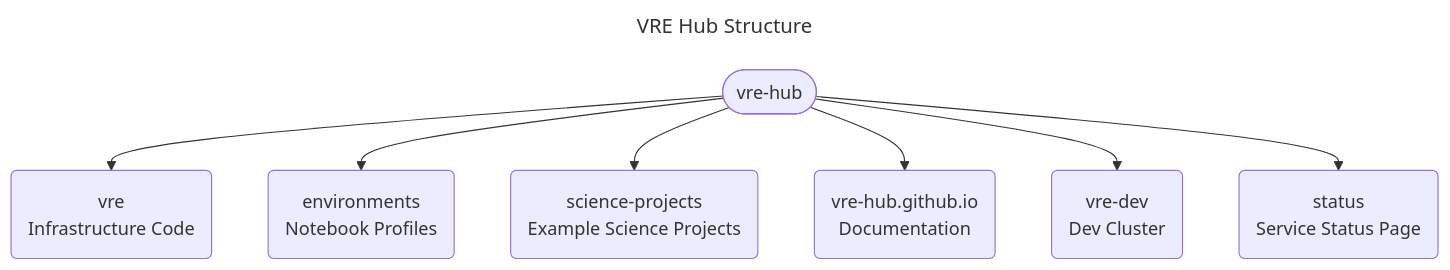
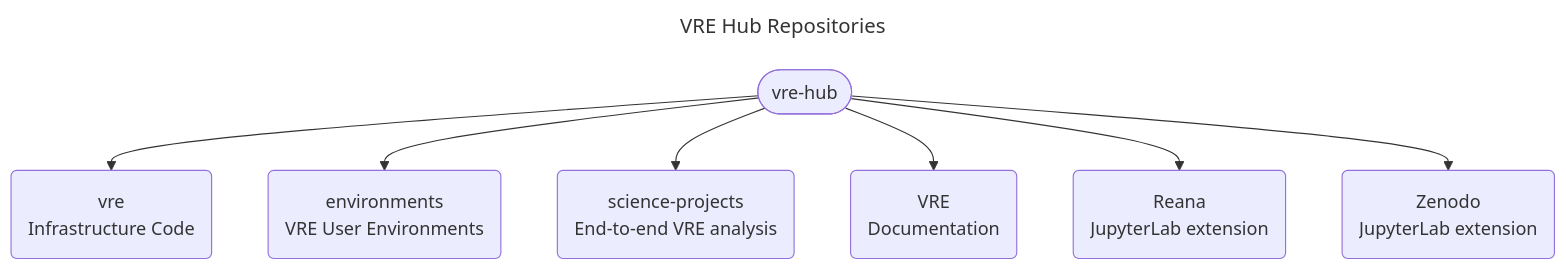
One commit to vre-hub/.github changed the diagram in profile/README.md. Above: the diagram before and after it, drawn with Mermaid. The commit also changed other lines of this file, not shown here.

````diff
--- a/profile/README.md
+++ b/profile/README.md
@@ -5,12 +5,12 @@
 ```mermaid
 ---
-title: VRE Hub Structure
+title: VRE Hub Repositories
 ---
 graph TD;
     id1([vre-hub])-->id2(vre<br>Infrastructure Code);
-    id1([vre-hub])-->id3(environments<br>Notebook Profiles);
-    id1([vre-hub])-->id4(science-projects<br>Example Science Projects);
-    id1([vre-hub])-->id5(vre-hub.github.io<br>Documentation);
-    id1([vre-hub])-->id6(vre-dev<br>Dev Cluster);
-    id1([vre-hub])-->id7(status<br>Service Status Page);    
+    id1([vre-hub])-->id3(environments<br>VRE User Environments);
+    id1([vre-hub])-->id4(science-projects<br>End-to-end VRE analysis);
+    id1([vre-hub])-->id5(VRE<br>Documentation);
+    id1([vre-hub])-->id6(Reana<br>JupyterLab extension);
+    id1([vre-hub])-->id7(Zenodo<br>JupyterLab extension);    
 ```
````
